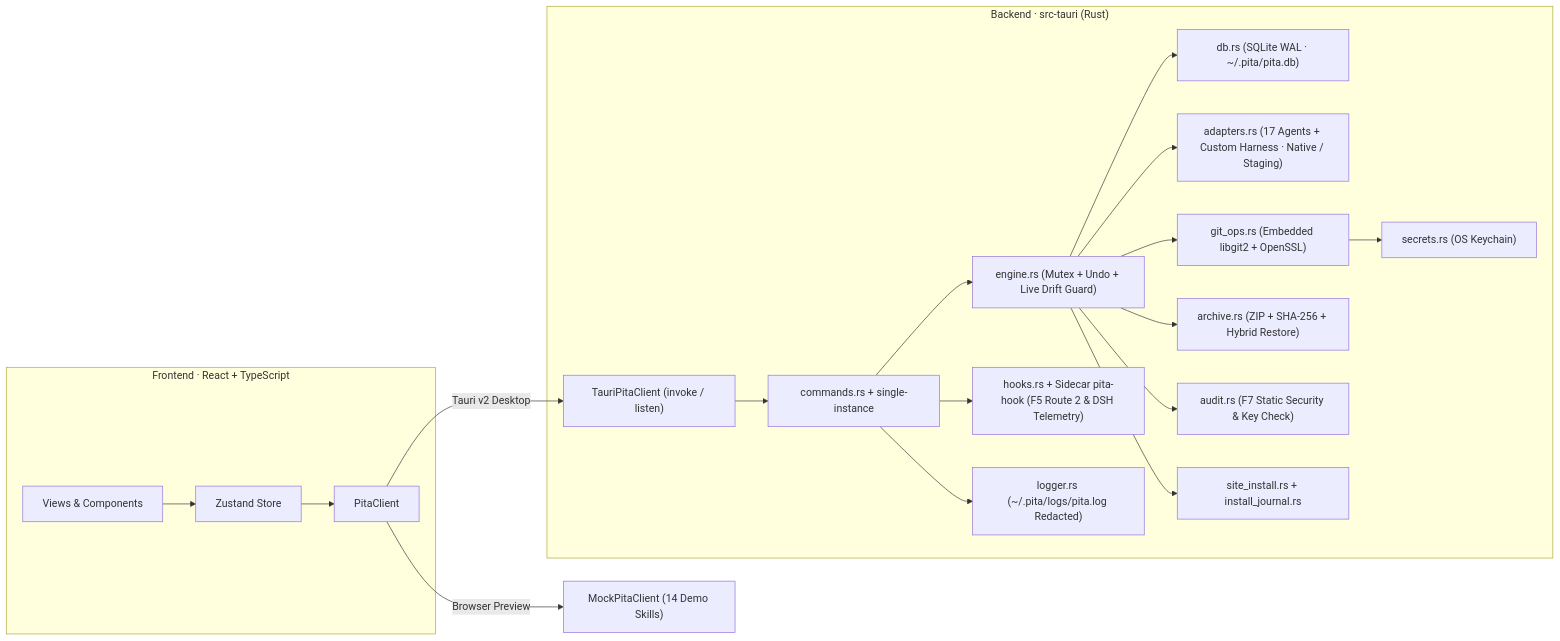
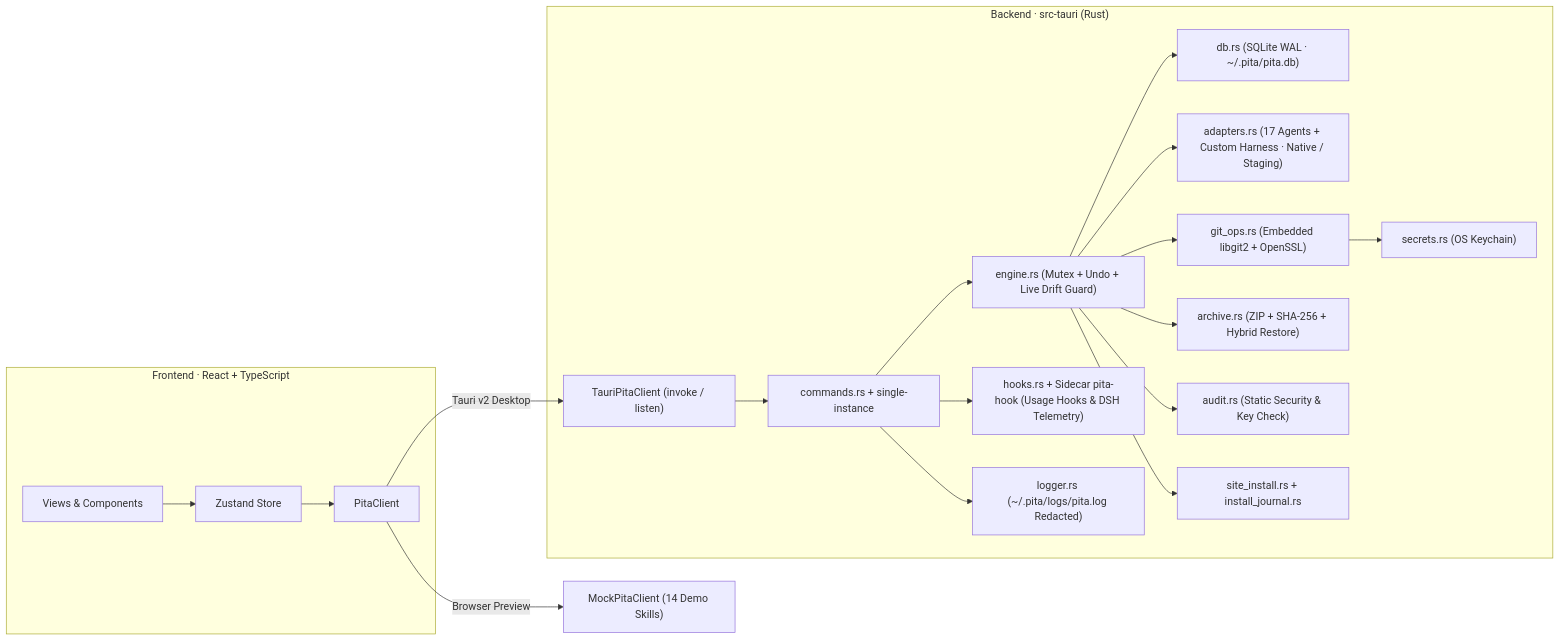
The diagram in README.md (Cheese-nya/pita), drawn with Mermaid before and after one commit. The commit also changed other lines of this file and 1 other file, not shown here.

````diff
--- a/README.md
+++ b/README.md
@@ -77,21 +134,21 @@
 ```mermaid
 flowchart LR
   subgraph FE["Frontend · React + TypeScript"]
     UI["Views & Components"] --> Store["Zustand Store"] --> Client["PitaClient"]
   end
   Client -->|Browser Preview| Mock["MockPitaClient (14 Demo Skills)"]
   Client -->|Tauri v2 Desktop| IPC["TauriPitaClient (invoke / listen)"]
   subgraph BE["Backend · src-tauri (Rust)"]
     IPC --> Cmd["commands.rs + single-instance"]
     Cmd --> Engine["engine.rs (Mutex + Undo + Live Drift Guard)"]
     Engine --> DB["db.rs (SQLite WAL · ~/.pita/pita.db)"]
     Engine --> Adapt["adapters.rs (17 Agents + Custom Harness · Native / Staging)"]
     Engine --> Git["git_ops.rs (Embedded libgit2 + OpenSSL)"]
     Engine --> Arch["archive.rs (ZIP + SHA-256 + Hybrid Restore)"]
-    Engine --> Audit["audit.rs (F7 Static Security & Key Check)"]
+    Engine --> Audit["audit.rs (Static Security & Key Check)"]
     Engine --> Site["site_install.rs + install_journal.rs"]
-    Cmd --> Hooks["hooks.rs + Sidecar pita-hook (F5 Route 2 & DSH Telemetry)"]
+    Cmd --> Hooks["hooks.rs + Sidecar pita-hook (Usage Hooks & DSH Telemetry)"]
     Cmd --> Log["logger.rs (~/.pita/logs/pita.log Redacted)"]
     Git --> Keychain["secrets.rs (OS Keychain)"]
   end
 ```
````
